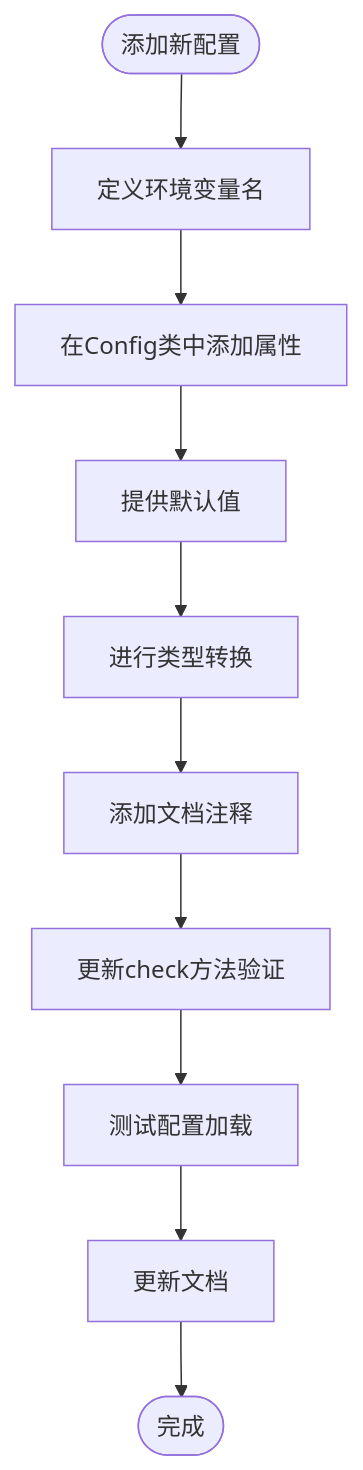
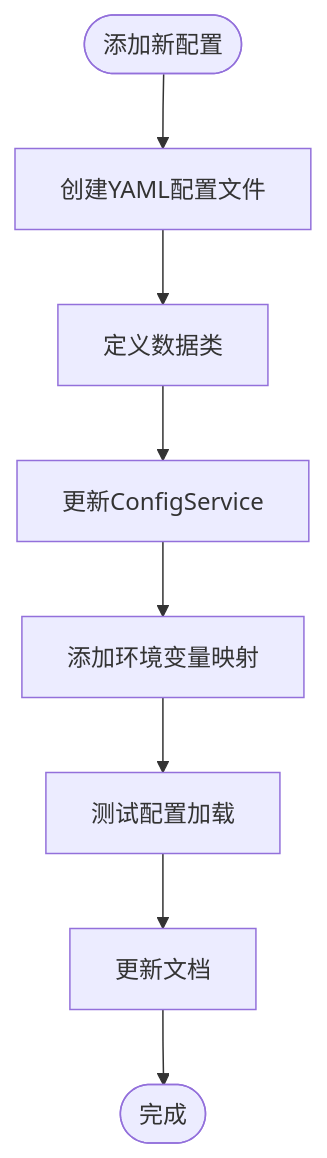
The sixth of 6 diagrams in .qoder/repowiki/zh/content/开发者指南/代码架构与模块设计/配置管理模块.md (james-6-23/APIKEY-king), drawn with Mermaid before and after one commit. The commit also changed other lines of this file and 49 other files, not shown here.

````diff
--- a/.qoder/repowiki/zh/content/开发者指南/代码架构与模块设计/配置管理模块.md
+++ b/.qoder/repowiki/zh/content/开发者指南/代码架构与模块设计/配置管理模块.md
@@ -499,12 +477,10 @@
 ```mermaid
 flowchart TD
-Start([添加新配置]) --> DefineEnv["定义环境变量名"]
-DefineEnv --> AddToConfig["在Config类中添加属性"]
-AddToConfig --> ProvideDefault["提供默认值"]
-ProvideDefault --> TypeConversion["进行类型转换"]
-TypeConversion --> AddComment["添加文档注释"]
-AddComment --> UpdateCheck["更新check方法验证"]
-UpdateCheck --> TestConfig["测试配置加载"]
+Start([添加新配置]) --> CreateYAML["创建YAML配置文件"]
+CreateYAML --> DefineDataclass["定义数据类"]
+DefineDataclass --> UpdateService["更新ConfigService"]
+UpdateService --> AddEnv["添加环境变量映射"]
+AddEnv --> TestConfig["测试配置加载"]
 TestConfig --> Document["更新文档"]
 Document --> End([完成])
 ```
````
